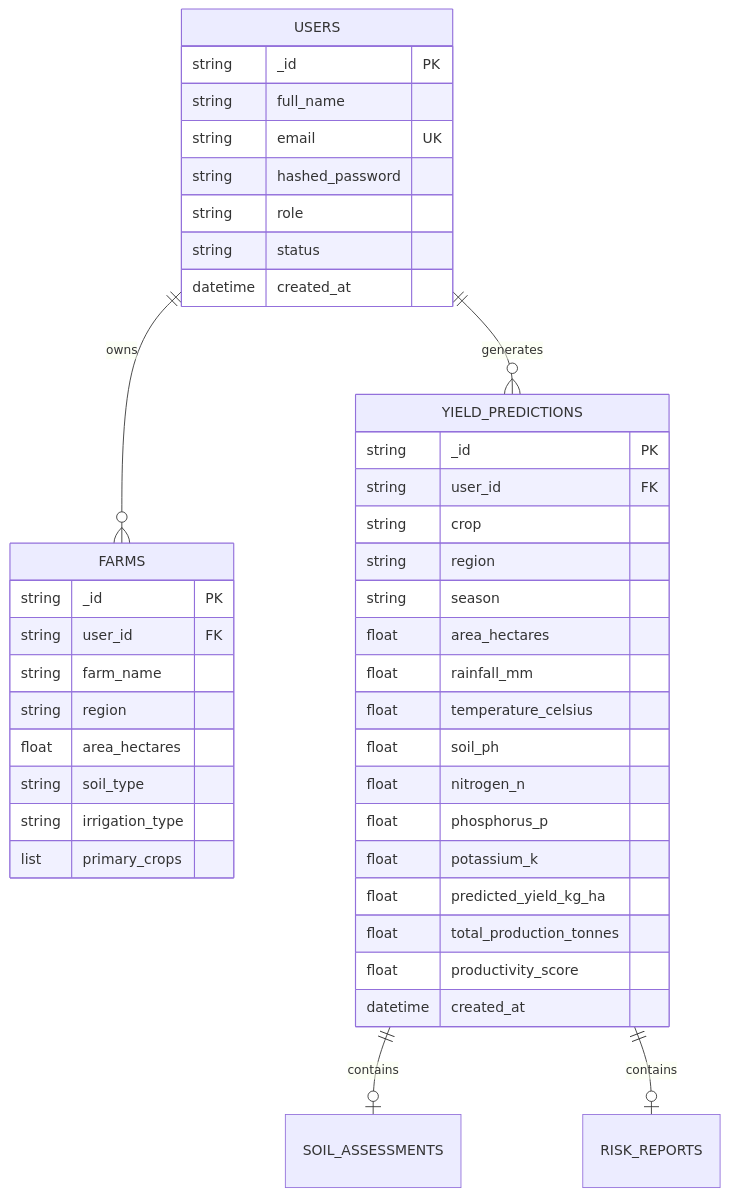
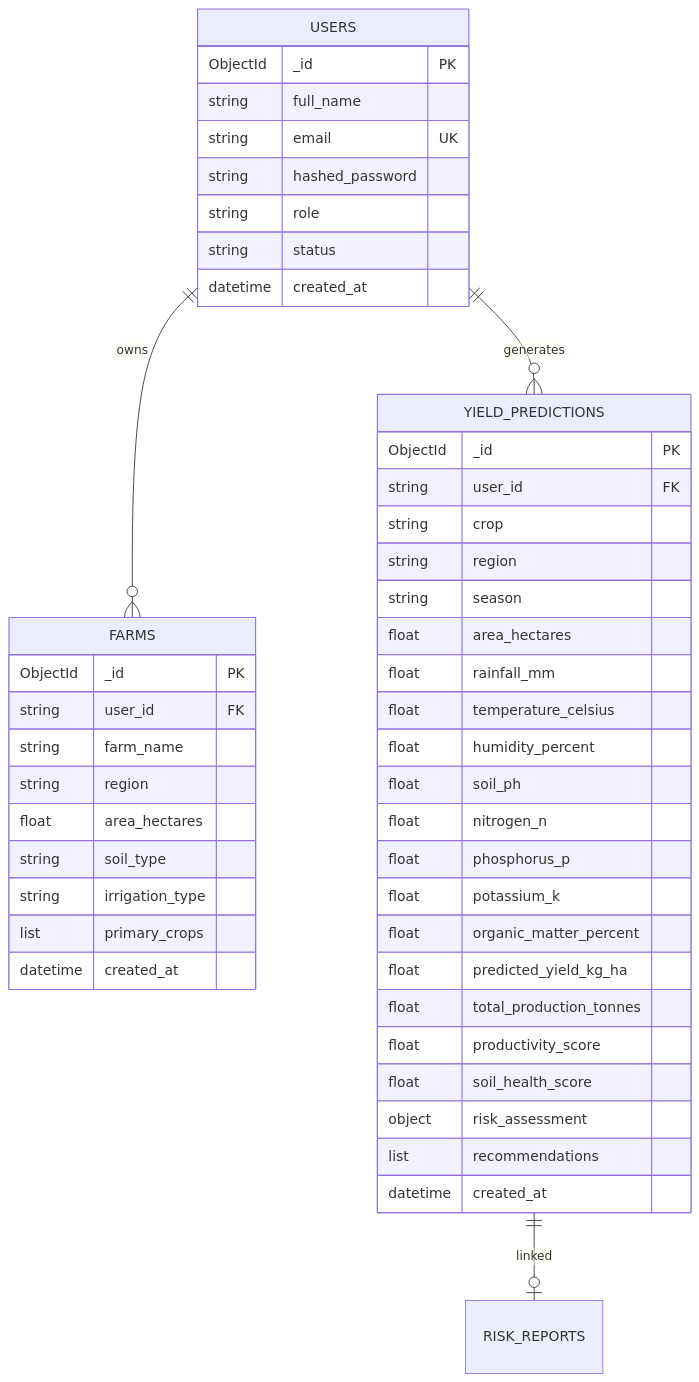
One commit to Yash191220/Yashraj_-Crop-Yield-Prediction-Agricultural-Productivity-Forecasting-System changed the ninth of 9 diagrams in docs/PROJECT_DOCUMENTATION.md. Above: the diagram before and after it, drawn with Mermaid. The commit also changed other lines of this file, not shown here.

Commit message:
docs: expand PROJECT_DOCUMENTATION v3.0 with algorithms, pseudocode, flowcharts, results tables

````diff
--- a/docs/PROJECT_DOCUMENTATION.md
+++ b/docs/PROJECT_DOCUMENTATION.md
@@ -357,47 +842,52 @@
 ```mermaid
 erDiagram
     USERS ||--o{ FARMS : "owns"
     USERS ||--o{ YIELD_PREDICTIONS : "generates"
-    YIELD_PREDICTIONS ||--o| SOIL_ASSESSMENTS : "contains"
-    YIELD_PREDICTIONS ||--o| RISK_REPORTS : "contains"
+    YIELD_PREDICTIONS ||--o| RISK_REPORTS : "linked"
 
     USERS {
-        string _id PK
+        ObjectId _id PK
         string full_name
         string email UK
         string hashed_password
         string role
         string status
         datetime created_at
     }
 
     FARMS {
-        string _id PK
+        ObjectId _id PK
         string user_id FK
         string farm_name
         string region
         float area_hectares
         string soil_type
         string irrigation_type
         list primary_crops
+        datetime created_at
     }
 
     YIELD_PREDICTIONS {
-        string _id PK
+        ObjectId _id PK
         string user_id FK
         string crop
         string region
         string season
         float area_hectares
         float rainfall_mm
         float temperature_celsius
+        float humidity_percent
         float soil_ph
         float nitrogen_n
         float phosphorus_p
         float potassium_k
+        float organic_matter_percent
         float predicted_yield_kg_ha
         float total_production_tonnes
         float productivity_score
+        float soil_health_score
+        object risk_assessment
+        list recommendations
         datetime created_at
     }
 ```
````
